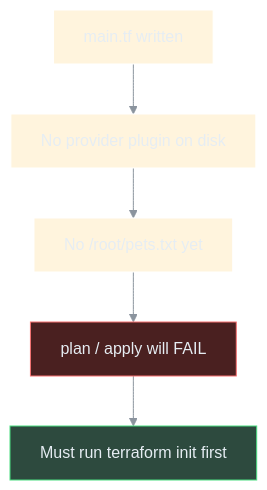
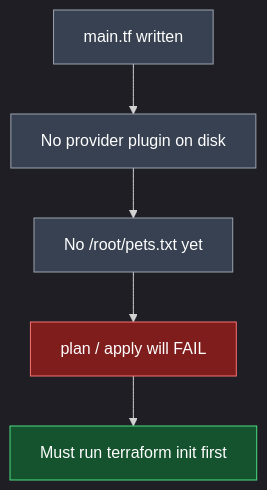
Before and after one commit to nirajp82/Terraform_Basics: the first of 9 diagrams in 04_Core_Terraform_Basics/01_Terraform_Provider.md, drawn with Mermaid. The commit also changed other lines of this file and 1 other file, not shown here.

Commit message:
Update Diagram

````diff
--- a/04_Core_Terraform_Basics/01_Terraform_Provider.md
+++ b/04_Core_Terraform_Basics/01_Terraform_Provider.md
@@ -27,13 +27,14 @@
 ```mermaid
-%%{init: {'theme': 'base', 'themeVariables': {'darkMode': true, 'background': 'transparent', 'primaryTextColor': '#e6edf3', 'lineColor': '#8b949e', 'clusterBkg': '#161b22', 'clusterBorder': '#30363d'}}}%%
+%%{init: {'theme': 'dark'}}%%
 flowchart TD
     A["main.tf written"] --> B["No provider plugin on disk"]
     B --> C["No /root/pets.txt yet"]
     C --> D["plan / apply will FAIL"]
     D --> E["Must run terraform init first"]
 
-    classDef error fill:#4a2020,stroke:#f87171,color:#e6edf3
-    classDef success fill:#2d4a3e,stroke:#4ade80,color:#e6edf3
-    class D error
-    class E success
+    style A fill:#374151,stroke:#9ca3af,color:#ffffff
+    style B fill:#374151,stroke:#9ca3af,color:#ffffff
+    style C fill:#374151,stroke:#9ca3af,color:#ffffff
+    style D fill:#7f1d1d,stroke:#f87171,color:#ffffff
+    style E fill:#14532d,stroke:#4ade80,color:#ffffff
 ```
````
